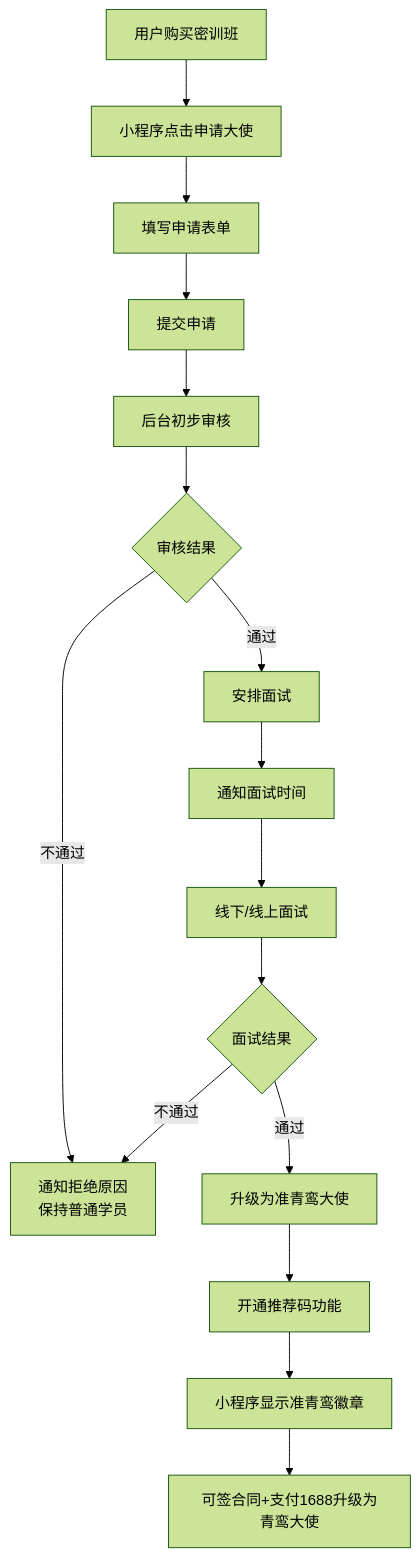
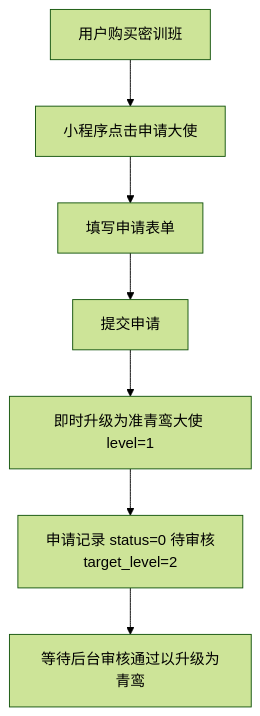
The ninth of 21 diagrams in 需求文档-V2.md (richenHe/tiandaowenhua_xcx), drawn with Mermaid (forest theme) before and after one commit. The commit also changed other lines of this file and 5686 other files, not shown here.

````diff
--- a/需求文档-V2.md
+++ b/需求文档-V2.md
@@ -1080,18 +1193,9 @@
 ```mermaid
 flowchart TD
     A[用户购买密训班] --> B[小程序点击申请大使]
     B --> C[填写申请表单]
     C --> D[提交申请]
-    D --> E[后台初步审核]
-    E --> F{审核结果}
-    F -->|不通过| G[通知拒绝原因<br/>保持普通学员]
-    F -->|通过| H[安排面试]
-    H --> I[通知面试时间]
-    I --> J[线下/线上面试]
-    J --> K{面试结果}
-    K -->|不通过| G
-    K -->|通过| L[升级为准青鸾大使]
-    L --> M[开通推荐码功能]
-    M --> N[小程序显示准青鸾徽章]
-    N --> O[可签合同+支付1688升级为青鸾大使]
+    D --> E[即时升级为准青鸾大使 level=1]
+    E --> F[申请记录 status=0 待审核<br/>target_level=2]
+    F --> G[等待后台审核通过以升级为青鸾]
 ```
````
